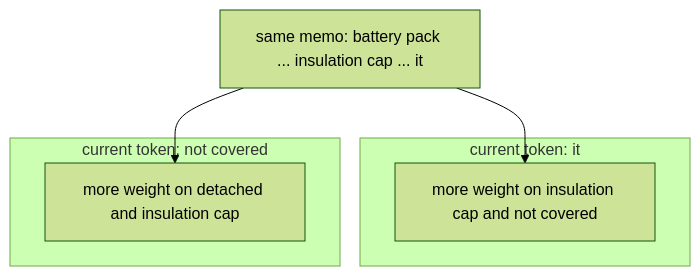
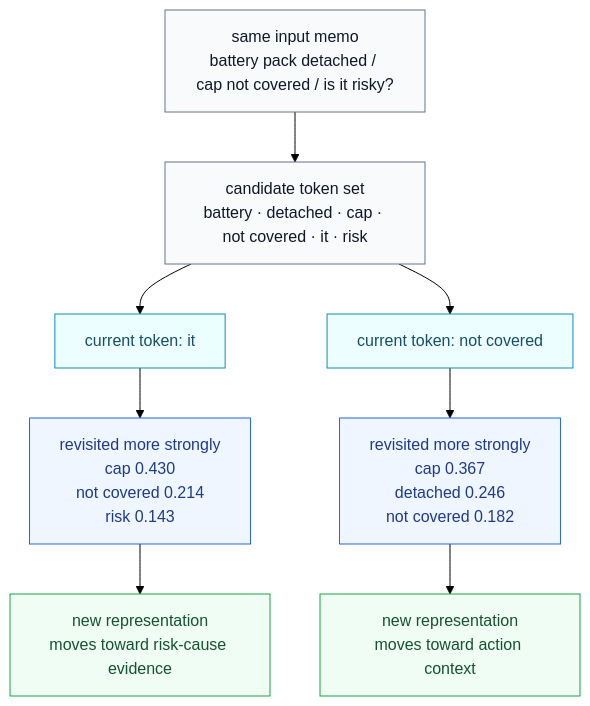
Before and after one commit to devchan64/AiBook: the diagram in docs/assets/part-05/chapter-13/self-attention-target-shift-en.mmd, drawn with Mermaid (forest theme). The commit also changed 18 other files, not shown here.

```diff
--- a/docs/assets/part-05/chapter-13/self-attention-target-shift-en.mmd
+++ b/docs/assets/part-05/chapter-13/self-attention-target-shift-en.mmd
@@ -1,13 +1,22 @@
 flowchart TD
-  A["same memo: battery pack ... insulation cap ... it"]
-
-  subgraph T1["current token: it"]
-    B["more weight on insulation cap and not covered"]
-  end
-
-  subgraph T2["current token: not covered"]
-    C["more weight on detached and insulation cap"]
-  end
+  A["same input memo<br/>battery pack detached / cap not covered / is it risky?"]
+  B["candidate token set<br/>battery · detached · cap · not covered · it · risk"]
 
   A --> B
-  A --> C
+  B --> C["current token: it"]
+  B --> D["current token: not covered"]
+
+  C --> E["revisited more strongly<br/>cap 0.430<br/>not covered 0.214<br/>risk 0.143"]
+  D --> F["revisited more strongly<br/>cap 0.367<br/>detached 0.246<br/>not covered 0.182"]
+
+  E --> G["new representation<br/>moves toward risk-cause evidence"]
+  F --> H["new representation<br/>moves toward action context"]
+
+  classDef input fill:#f8fafc,stroke:#64748b,color:#0f172a
+  classDef target fill:#ecfeff,stroke:#0891b2,color:#164e63
+  classDef weight fill:#eff6ff,stroke:#2563eb,color:#1e3a8a
+  classDef result fill:#f0fdf4,stroke:#16a34a,color:#14532d
+  class A,B input
+  class C,D target
+  class E,F weight
+  class G,H result
```
